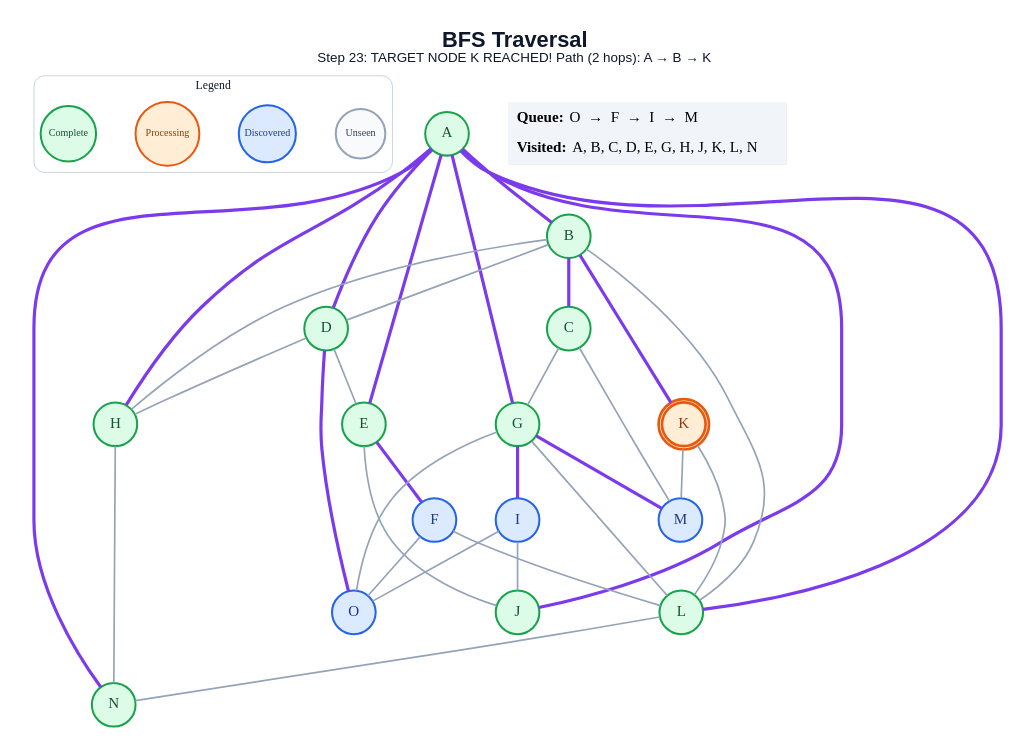
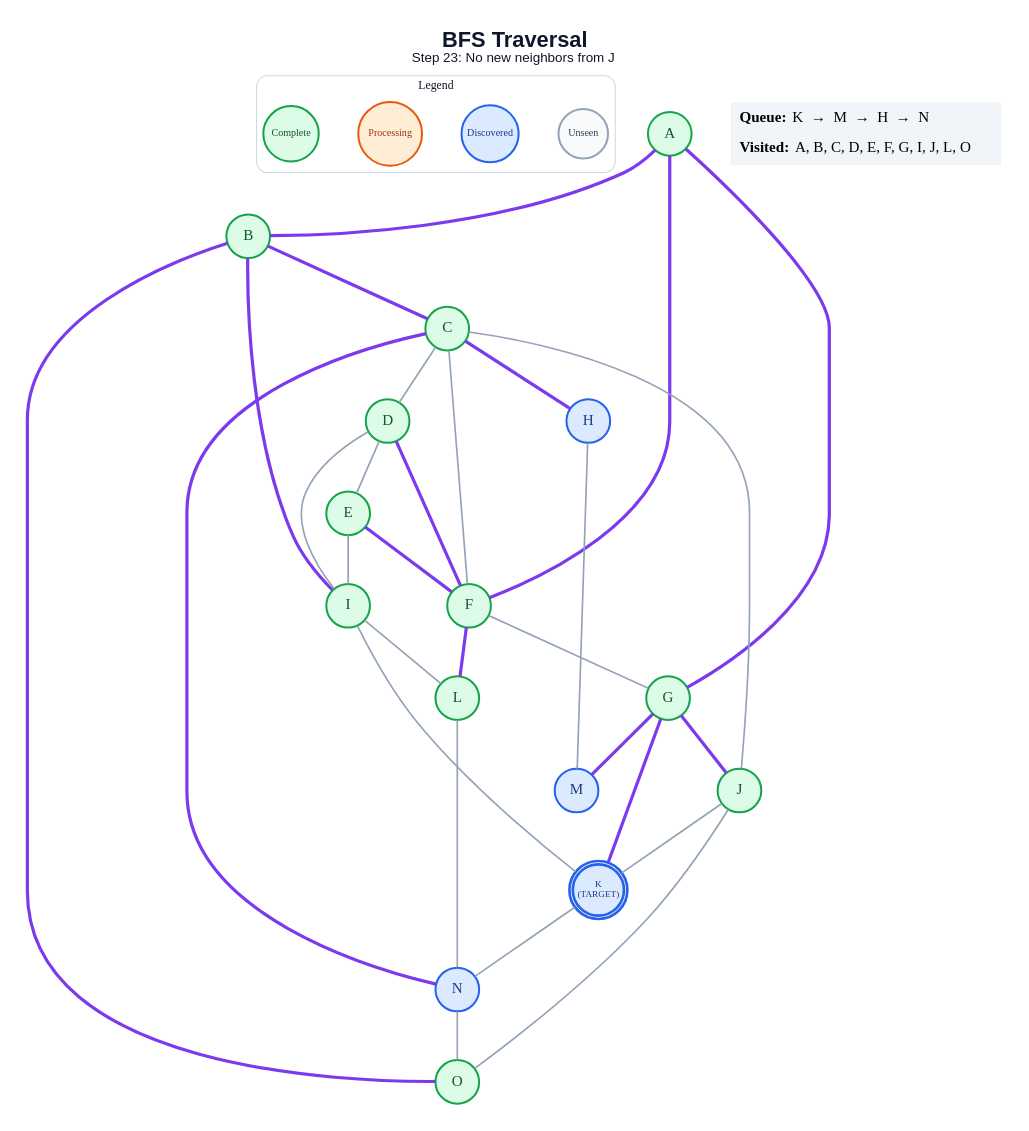
One commit to anon7238593-create/ai-slop changed the diagram in generated/specific-node/bfs/step_23.dot. Above: the diagram before and after it, drawn with Graphviz. The commit also changed 248 other files, not shown here.

```diff
--- a/generated/specific-node/bfs/step_23.dot
+++ b/generated/specific-node/bfs/step_23.dot
@@ -1,66 +1,63 @@
 graph traversal {
   graph [layout=dot, rankdir=TB, bgcolor="#FFFFFF", pad="0.35", nodesep="0.65", ranksep="0.8", fontname="Arial"];
   node [shape=circle, style="filled", fontname="Arial Bold", fontsize=18, width=0.72, fixedsize=true, penwidth=2.4];
   edge [color="#94A3B8", penwidth=2.0];
-  label=<<B>BFS Traversal</B><BR/><FONT POINT-SIZE="16">Step 23: TARGET NODE K REACHED! Path (2 hops): A → B → K</FONT>>; labelloc="t"; fontsize=26; fontname="Arial"; fontcolor="#0F172A";
+  label=<<B>BFS Traversal</B><BR/><FONT POINT-SIZE="16">Step 23: No new neighbors from J</FONT>>; labelloc="t"; fontsize=26; fontname="Arial"; fontcolor="#0F172A";
   subgraph cluster_legend { label="Legend"; color="#CBD5E1"; penwidth=1.2; style="rounded"; fontsize=14; fontname="Arial Bold";
     key_unseen [label="Unseen", fillcolor="#F8FAFC", color="#94A3B8", fontcolor="#334155", fontsize=12, width=0.82];
     key_frontier [label="Discovered", fillcolor="#DBEAFE", color="#2563EB", fontcolor="#1E3A8A", fontsize=12, width=0.95];
     key_current [label="Processing", fillcolor="#FFEDD5", color="#EA580C", fontcolor="#9A3412", fontsize=12, width=1.05];
     key_done [label="Complete", fillcolor="#DCFCE7", color="#16A34A", fontcolor="#14532D", fontsize=12, width=0.92];
     { rank=same; key_unseen; key_frontier; key_current; key_done; }
   }
   A [label="A", fillcolor="#DCFCE7", color="#16A34A", fontcolor="#14532D", peripheries=1, penwidth=2.4];
   B [label="B", fillcolor="#DCFCE7", color="#16A34A", fontcolor="#14532D", peripheries=1, penwidth=2.4];
   C [label="C", fillcolor="#DCFCE7", color="#16A34A", fontcolor="#14532D", peripheries=1, penwidth=2.4];
   D [label="D", fillcolor="#DCFCE7", color="#16A34A", fontcolor="#14532D", peripheries=1, penwidth=2.4];
   E [label="E", fillcolor="#DCFCE7", color="#16A34A", fontcolor="#14532D", peripheries=1, penwidth=2.4];
-  F [label="F", fillcolor="#DBEAFE", color="#2563EB", fontcolor="#1E3A8A", peripheries=1, penwidth=2.4];
+  F [label="F", fillcolor="#DCFCE7", color="#16A34A", fontcolor="#14532D", peripheries=1, penwidth=2.4];
   G [label="G", fillcolor="#DCFCE7", color="#16A34A", fontcolor="#14532D", peripheries=1, penwidth=2.4];
-  H [label="H", fillcolor="#DCFCE7", color="#16A34A", fontcolor="#14532D", peripheries=1, penwidth=2.4];
-  I [label="I", fillcolor="#DBEAFE", color="#2563EB", fontcolor="#1E3A8A", peripheries=1, penwidth=2.4];
+  H [label="H", fillcolor="#DBEAFE", color="#2563EB", fontcolor="#1E3A8A", peripheries=1, penwidth=2.4];
+  I [label="I", fillcolor="#DCFCE7", color="#16A34A", fontcolor="#14532D", peripheries=1, penwidth=2.4];
   J [label="J", fillcolor="#DCFCE7", color="#16A34A", fontcolor="#14532D", peripheries=1, penwidth=2.4];
-  K [label="K", fillcolor="#FFEDD5", color="#EA580C", fontcolor="#9A3412", peripheries=2, penwidth=3.2];
+  K [label="K\n(TARGET)", fillcolor="#DBEAFE", color="#2563EB", fontcolor="#1E3A8A", peripheries=2, penwidth=3.2, fontsize=11, width=0.85, height=0.85];
   L [label="L", fillcolor="#DCFCE7", color="#16A34A", fontcolor="#14532D", peripheries=1, penwidth=2.4];
   M [label="M", fillcolor="#DBEAFE", color="#2563EB", fontcolor="#1E3A8A", peripheries=1, penwidth=2.4];
-  N [label="N", fillcolor="#DCFCE7", color="#16A34A", fontcolor="#14532D", peripheries=1, penwidth=2.4];
-  O [label="O", fillcolor="#DBEAFE", color="#2563EB", fontcolor="#1E3A8A", peripheries=1, penwidth=2.4];
+  N [label="N", fillcolor="#DBEAFE", color="#2563EB", fontcolor="#1E3A8A", peripheries=1, penwidth=2.4];
+  O [label="O", fillcolor="#DCFCE7", color="#16A34A", fontcolor="#14532D", peripheries=1, penwidth=2.4];
   A -- B [color="#7C3AED", penwidth=3.8];
-  A -- D [color="#7C3AED", penwidth=3.8];
-  A -- E [color="#7C3AED", penwidth=3.8];
+  A -- F [color="#7C3AED", penwidth=3.8];
   A -- G [color="#7C3AED", penwidth=3.8];
-  A -- H [color="#7C3AED", penwidth=3.8];
-  A -- J [color="#7C3AED", penwidth=3.8];
-  A -- L [color="#7C3AED", penwidth=3.8];
-  A -- N [color="#7C3AED", penwidth=3.8];
   B -- C [color="#7C3AED", penwidth=3.8];
-  B -- D;
-  B -- H;
-  B -- K [color="#7C3AED", penwidth=3.8];
-  B -- L;
-  C -- G;
-  C -- M;
+  B -- I [color="#7C3AED", penwidth=3.8];
+  B -- O [color="#7C3AED", penwidth=3.8];
+  C -- D;
+  C -- F;
+  C -- H [color="#7C3AED", penwidth=3.8];
+  C -- J;
+  C -- N [color="#7C3AED", penwidth=3.8];
   D -- E;
-  D -- H;
-  D -- O [color="#7C3AED", penwidth=3.8];
+  D -- F [color="#7C3AED", penwidth=3.8];
+  D -- I;
   E -- F [color="#7C3AED", penwidth=3.8];
-  E -- J;
-  F -- L;
-  F -- O;
-  G -- I [color="#7C3AED", penwidth=3.8];
-  G -- L;
+  E -- I;
+  F -- G;
+  F -- L [color="#7C3AED", penwidth=3.8];
+  G -- J [color="#7C3AED", penwidth=3.8];
+  G -- K [color="#7C3AED", penwidth=3.8];
   G -- M [color="#7C3AED", penwidth=3.8];
-  G -- O;
-  H -- N;
-  I -- J;
-  I -- O;
-  K -- L;
-  K -- M;
+  H -- M;
+  I -- K;
+  I -- L;
+  J -- K;
+  J -- O;
+  K -- N;
   L -- N;
+  N -- O;
   status [shape=plain, fixedsize=false, width=0, height=0, margin=0, label=<
     <TABLE BORDER="0" CELLBORDER="0" CELLPADDING="7" BGCOLOR="#F1F5F9">
-      <TR><TD ALIGN="LEFT"><B>Queue:</B> O  →  F  →  I  →  M</TD></TR>
-      <TR><TD ALIGN="LEFT"><B>Visited:</B> A, B, C, D, E, G, H, J, K, L, N</TD></TR>
+      <TR><TD ALIGN="LEFT"><B>Queue:</B> K  →  M  →  H  →  N</TD></TR>
+      <TR><TD ALIGN="LEFT"><B>Visited:</B> A, B, C, D, E, F, G, I, J, L, O</TD></TR>
     </TABLE>
   >];
 }
```
